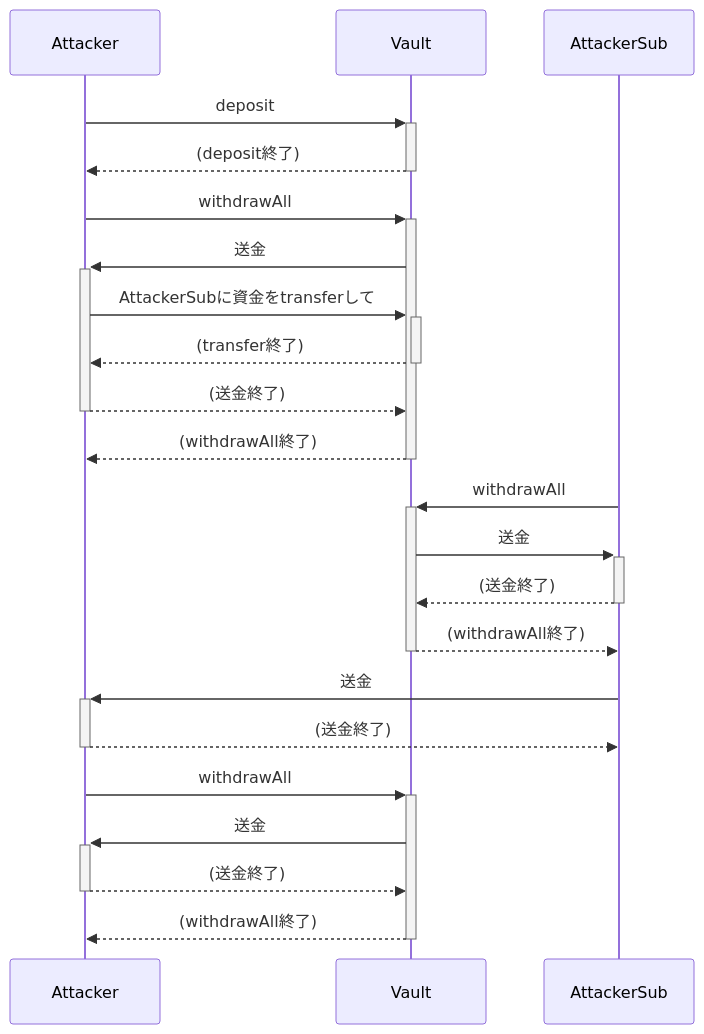
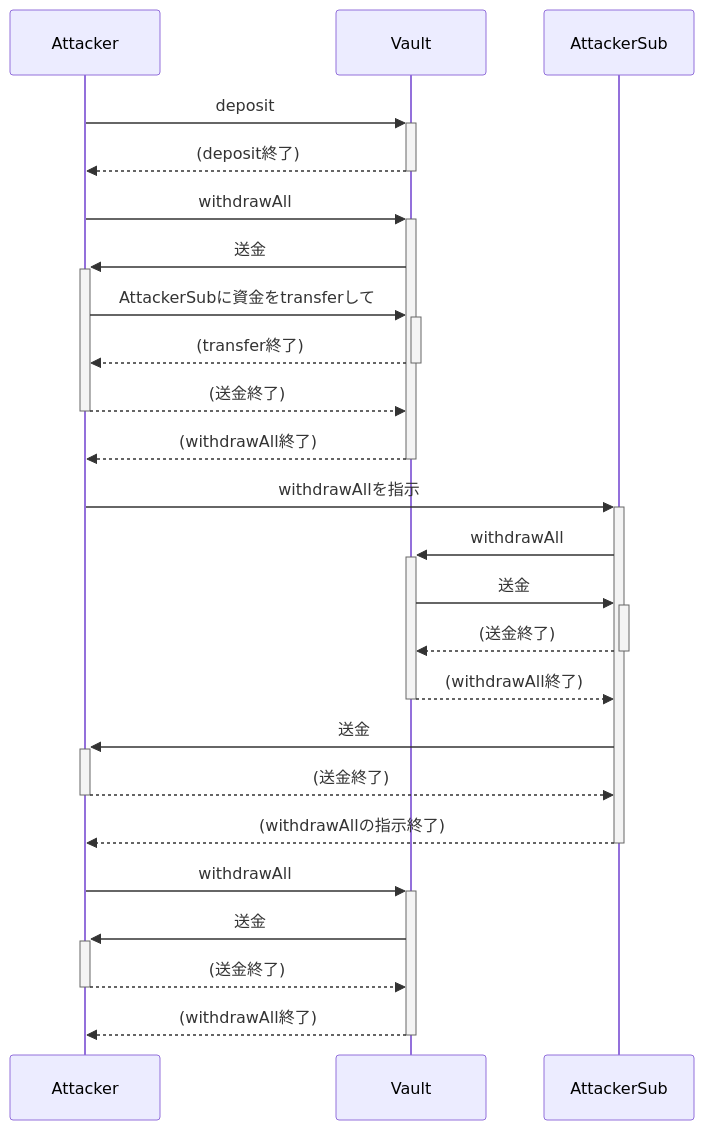
One commit to minaminao/seccamp changed the second of 3 diagrams in course/reentrancy/README.md. Above: the diagram before and after it, drawn with Mermaid. The commit also changed other lines of this file, not shown here.

Commit message:
feat: update diagram

````diff
--- a/course/reentrancy/README.md
+++ b/course/reentrancy/README.md
@@ -337,25 +338,27 @@
 ```mermaid
 sequenceDiagram
     participant Attacker
     participant Vault
     participant AttackerSub
 
 	Attacker ->>+ Vault: deposit
 	Vault -->>- Attacker: (deposit終了)
 	Attacker ->>+ Vault: withdrawAll
 	Vault ->>+ Attacker: 送金
 	Attacker ->>+ Vault: AttackerSubに資金をtransferして
 	Vault -->>- Attacker: (transfer終了)
 	Attacker -->>- Vault: (送金終了)
 	Vault -->>- Attacker: (withdrawAll終了)
+	Attacker ->>+ AttackerSub: withdrawAllを指示
 	AttackerSub ->>+ Vault: withdrawAll
 	Vault ->>+ AttackerSub: 送金
 	AttackerSub -->>- Vault: (送金終了)
 	Vault -->>- AttackerSub: (withdrawAll終了)
 	AttackerSub ->>+ Attacker: 送金
 	Attacker -->>- AttackerSub: (送金終了)
+	AttackerSub -->>- Attacker: (withdrawAllの指示終了)
 	Attacker ->>+ Vault: withdrawAll
 	Vault ->>+ Attacker: 送金
 	Attacker -->>- Vault: (送金終了)
 	Vault -->>- Attacker: (withdrawAll終了)
 ```
````
